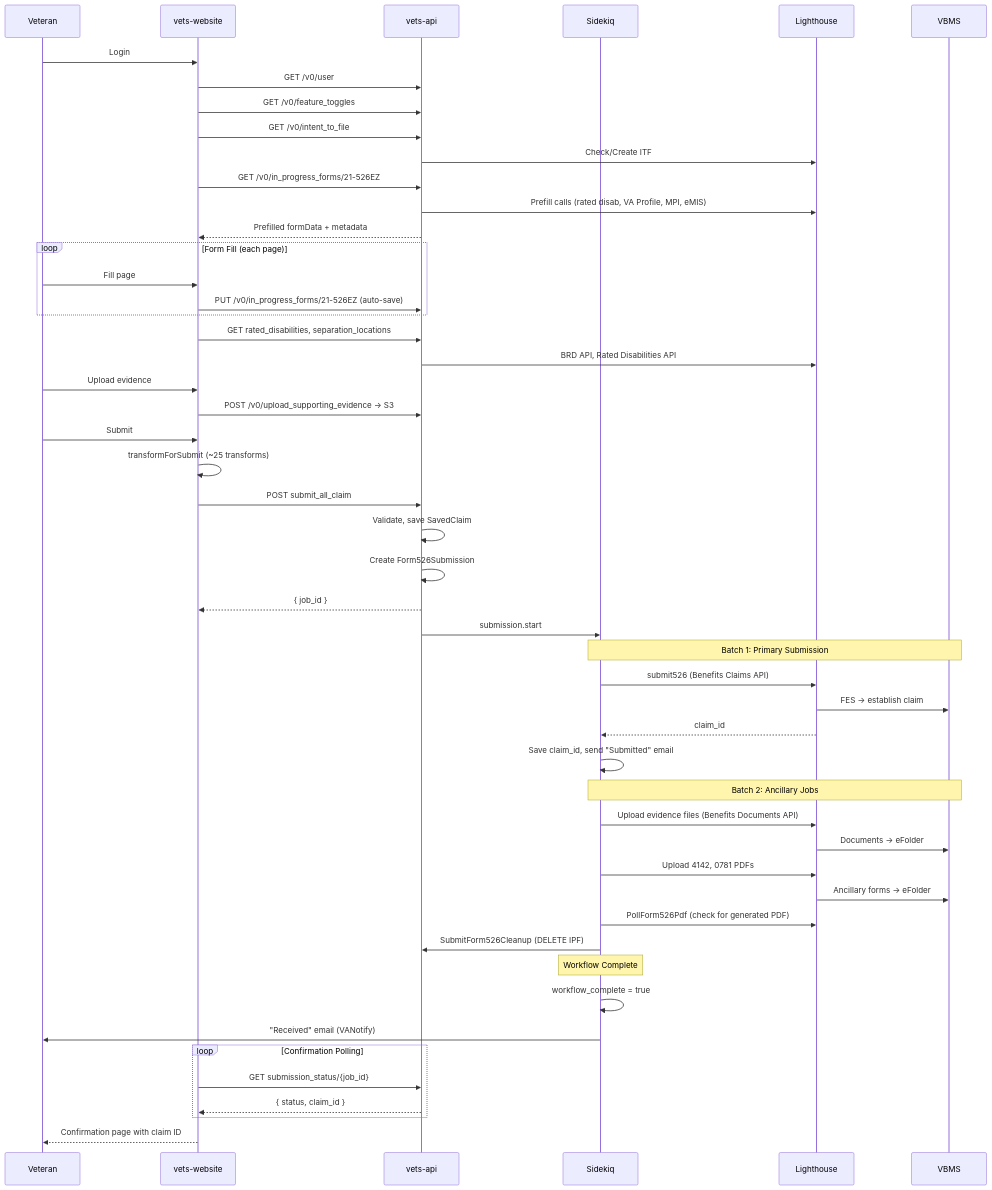
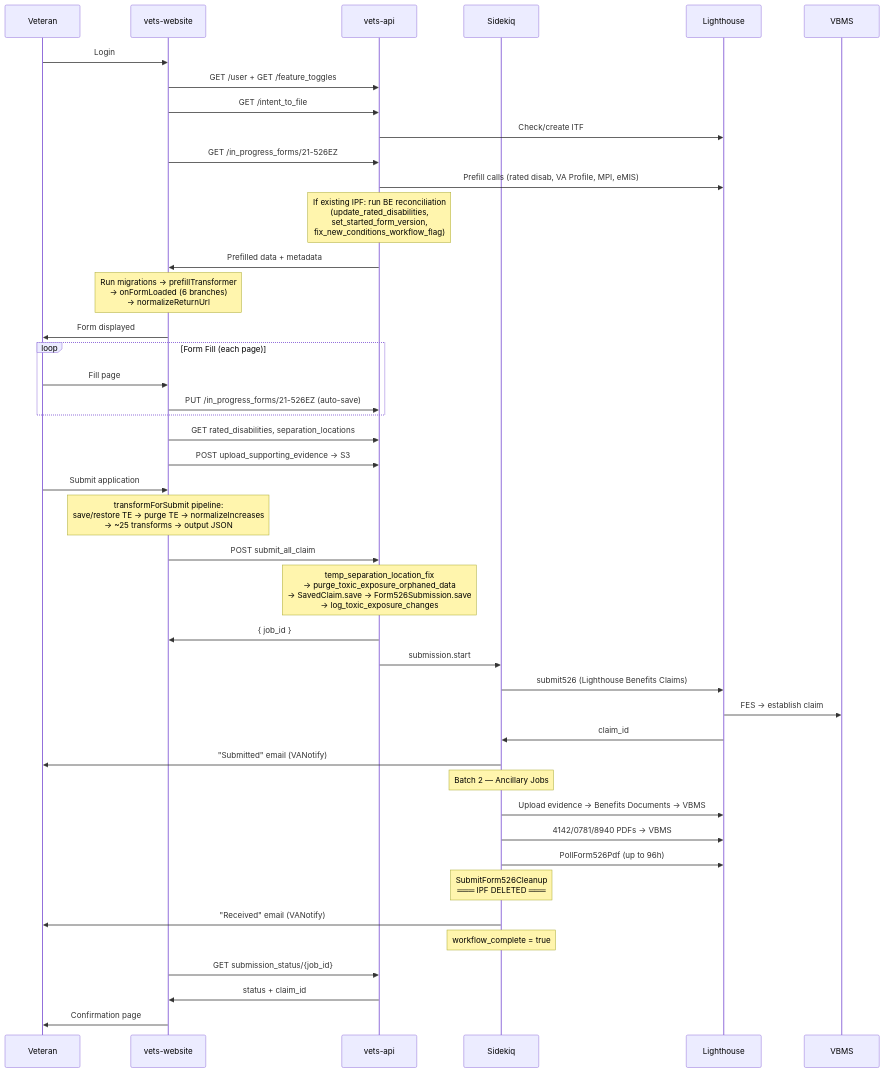
Diagram 16 of 16 in products/disability/526ez/form526_architecture_flow.md (Ninjaneer321/va.gov-team), drawn with Mermaid before and after one commit. The commit also changed other lines of this file, not shown here.

Commit message:
Updated architecture diagram with useFormFeatureToggleSync

````diff
--- a/products/disability/526ez/form526_architecture_flow.md
+++ b/products/disability/526ez/form526_architecture_flow.md
@@ -478,61 +547,60 @@
 ```mermaid
 sequenceDiagram
     participant V as Veteran
     participant FE as vets-website
     participant API as vets-api
-    participant SQ as Sidekiq
+    participant SK as Sidekiq
     participant LH as Lighthouse
     participant VBMS as VBMS
 
     V->>FE: Login
-    FE->>API: GET /v0/user
-    FE->>API: GET /v0/feature_toggles
-    FE->>API: GET /v0/intent_to_file
-    API->>LH: Check/Create ITF
-    FE->>API: GET /v0/in_progress_forms/21-526EZ
+    FE->>API: GET /user + GET /feature_toggles
+    FE->>API: GET /intent_to_file
+    API->>LH: Check/create ITF
+    FE->>API: GET /in_progress_forms/21-526EZ
     API->>LH: Prefill calls (rated disab, VA Profile, MPI, eMIS)
-    API-->>FE: Prefilled formData + metadata
+
+    Note over API: If existing IPF: run BE reconciliation<br/>(update_rated_disabilities,<br/>set_started_form_version,<br/>fix_new_conditions_workflow_flag)
+
+    API->>FE: Prefilled data + metadata
+    Note over FE: Run migrations → prefillTransformer<br/>→ onFormLoaded (6 branches)<br/>→ normalizeReturnUrl
+
+    FE->>V: Form displayed
 
     loop Form Fill (each page)
         V->>FE: Fill page
-        FE->>API: PUT /v0/in_progress_forms/21-526EZ (auto-save)
+        FE->>API: PUT /in_progress_forms/21-526EZ (auto-save)
     end
 
     FE->>API: GET rated_disabilities, separation_locations
-    API->>LH: BRD API, Rated Disabilities API
-    V->>FE: Upload evidence
-    FE->>API: POST /v0/upload_supporting_evidence → S3
+    FE->>API: POST upload_supporting_evidence → S3
 
-    V->>FE: Submit
-    FE->>FE: transformForSubmit (~25 transforms)
+    V->>FE: Submit application
+    Note over FE: transformForSubmit pipeline:<br/>save/restore TE → purge TE → normalizeIncreases<br/>→ ~25 transforms → output JSON
+
     FE->>API: POST submit_all_claim
 
-    API->>API: Validate, save SavedClaim
-    API->>API: Create Form526Submission
-    API-->>FE: { job_id }
-    API->>SQ: submission.start
+    Note over API: temp_separation_location_fix<br/>→ purge_toxic_exposure_orphaned_data<br/>→ SavedClaim.save → Form526Submission.save<br/>→ log_toxic_exposure_changes
 
-    Note over SQ,VBMS: Batch 1: Primary Submission
-    SQ->>LH: submit526 (Benefits Claims API)
+    API->>FE: { job_id }
+    API->>SK: submission.start
+
+    SK->>LH: submit526 (Lighthouse Benefits Claims)
     LH->>VBMS: FES → establish claim
-    LH-->>SQ: claim_id
-    SQ->>SQ: Save claim_id, send "Submitted" email
+    LH->>SK: claim_id
+    SK->>V: "Submitted" email (VANotify)
 
-    Note over SQ,VBMS: Batch 2: Ancillary Jobs
-    SQ->>LH: Upload evidence files (Benefits Documents API)
-    LH->>VBMS: Documents → eFolder
-    SQ->>LH: Upload 4142, 0781 PDFs
-    LH->>VBMS: Ancillary forms → eFolder
-    SQ->>LH: PollForm526Pdf (check for generated PDF)
-    SQ->>API: SubmitForm526Cleanup (DELETE IPF)
+    Note over SK: Batch 2 — Ancillary Jobs
+    SK->>LH: Upload evidence → Benefits Documents → VBMS
+    SK->>LH: 4142/0781/8940 PDFs → VBMS
+    SK->>LH: PollForm526Pdf (up to 96h)
 
-    Note over SQ: Workflow Complete
-    SQ->>SQ: workflow_complete = true
-    SQ->>V: "Received" email (VANotify)
+    Note over SK: SubmitForm526Cleanup<br/>═══ IPF DELETED ═══
 
-    loop Confirmation Polling
-        FE->>API: GET submission_status/{job_id}
-        API-->>FE: { status, claim_id }
-    end
-    FE-->>V: Confirmation page with claim ID
+    SK->>V: "Received" email (VANotify)
+    Note over SK: workflow_complete = true
+
+    FE->>API: GET submission_status/{job_id}
+    API->>FE: status + claim_id
+    FE->>V: Confirmation page
 ```
````
